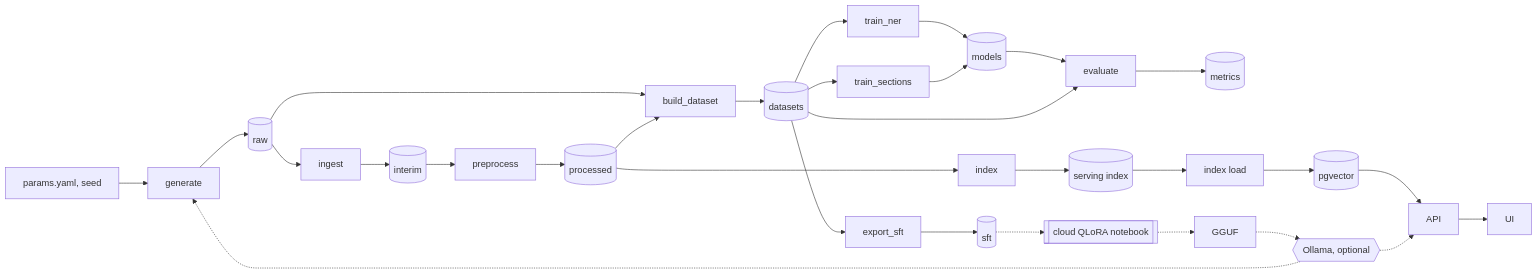
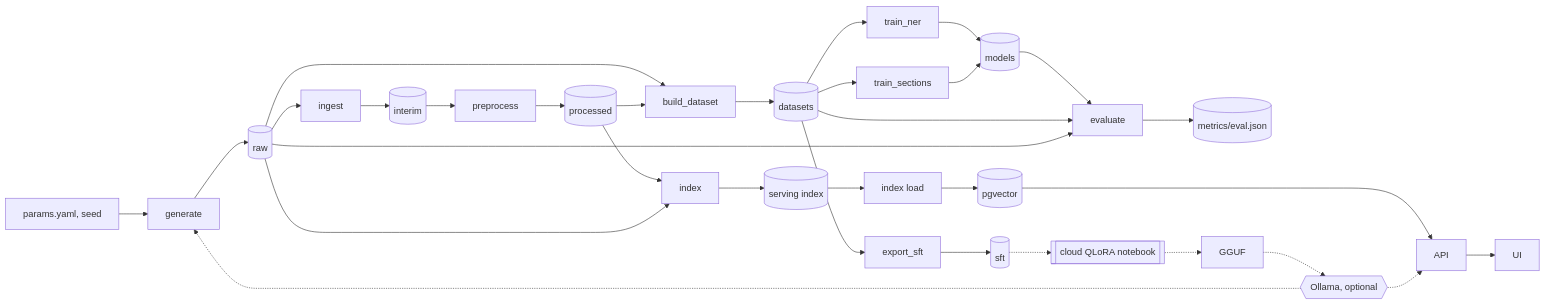
The diagram in README.md (emanuel-luis/necrohub), drawn with Mermaid before and after one commit. The commit also changed other lines of this file, not shown here.

````diff
--- a/README.md
+++ b/README.md
@@ -31,21 +28,25 @@
 ```mermaid
 flowchart LR
   seed[params.yaml, seed] --> generate
   generate --> raw[(raw)]
   raw --> ingest --> interim[(interim)]
   interim --> preprocess --> processed[(processed)]
   raw --> build_dataset
   processed --> build_dataset --> datasets[(datasets)]
   datasets --> export_sft --> sft[(sft)]
   datasets --> train_ner --> models[(models)]
   datasets --> train_sections --> models
-  models --> evaluate --> metrics[(metrics)]
+  models --> evaluate
   datasets --> evaluate
-  processed --> index --> idx[(serving index)]
+  raw --> evaluate
+  evaluate --> evalm[(metrics/eval.json)]
+  processed --> index
+  raw --> index
+  index --> idx[(serving index)]
   idx --> load[index load] --> pgvector[(pgvector)]
   pgvector --> api[API] --> ui[UI]
   ollama{{Ollama, optional}} -.-> generate
   ollama -.-> api
   sft -.-> qlora[[cloud QLoRA notebook]]
   qlora -.-> gguf[GGUF] -.-> ollama
 ```
````
